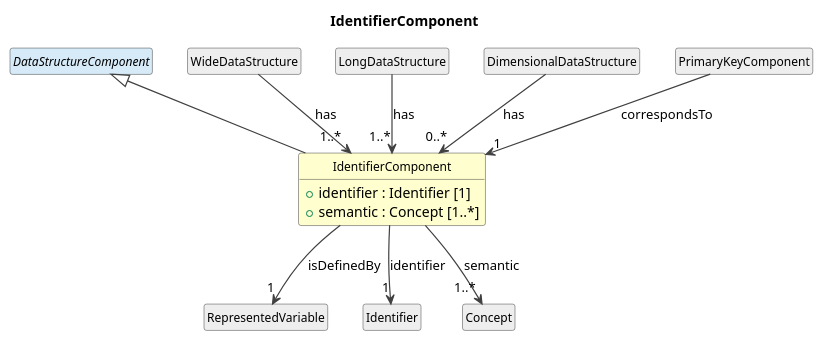
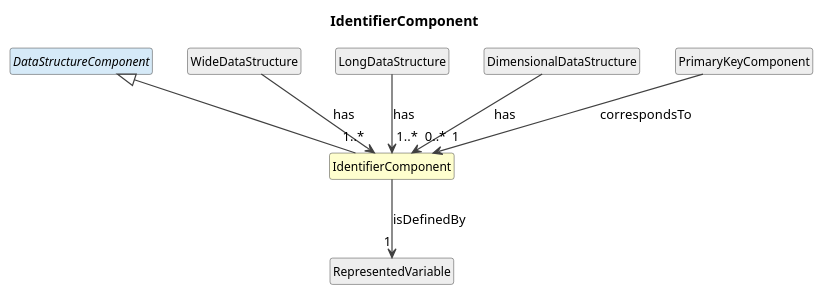
One commit to Cross-Domain-Interoperability-Framework/metadataBuildingBlocks changed the diagram in cdif-uml-model/_plantuml/cdifDataStructure/Classes/IdentifierComponent.pu. Above: the diagram before and after it, drawn with PlantUML. The commit also changed 137 other files, not shown here.

First line of the commit message:
Regenerate UML model browser: simplified child diagrams + model edits

```diff
--- a/cdif-uml-model/_plantuml/cdifDataStructure/Classes/IdentifierComponent.pu
+++ b/cdif-uml-model/_plantuml/cdifDataStructure/Classes/IdentifierComponent.pu
@@ -1,34 +1,27 @@
 @startuml
 title IdentifierComponent
 hide circle
 hide empty members
 skinparam shadowing false
 skinparam ArrowThickness 1.2
 skinparam class {
   ArrowColor #404040
   BorderColor #404040
   FontSize 12
 }
 
-class "IdentifierComponent" as IdentifierComponent #FEFECE {
-  +identifier : Identifier [1]
-  +semantic : Concept [1..*]
-}
+class "IdentifierComponent" as IdentifierComponent #FEFECE
 abstract class "DataStructureComponent" as DataStructureComponent #D6EAF8
 DataStructureComponent <|-- IdentifierComponent
 class "WideDataStructure" as WideDataStructure #EEEEEE
 WideDataStructure --> "1..*" IdentifierComponent : has
 class "LongDataStructure" as LongDataStructure #EEEEEE
 LongDataStructure --> "1..*" IdentifierComponent : has
 class "DimensionalDataStructure" as DimensionalDataStructure #EEEEEE
 DimensionalDataStructure --> "0..*" IdentifierComponent : has
 class "RepresentedVariable" as RepresentedVariable #EEEEEE
 IdentifierComponent --> "1" RepresentedVariable : isDefinedBy
 class "PrimaryKeyComponent" as PrimaryKeyComponent #EEEEEE
 PrimaryKeyComponent --> "1" IdentifierComponent : correspondsTo
-class "Identifier" as Identifier #EEEEEE
-IdentifierComponent --> "1" Identifier : identifier
-class "Concept" as Concept #EEEEEE
-IdentifierComponent --> "1..*" Concept : semantic
 
 @enduml
```
